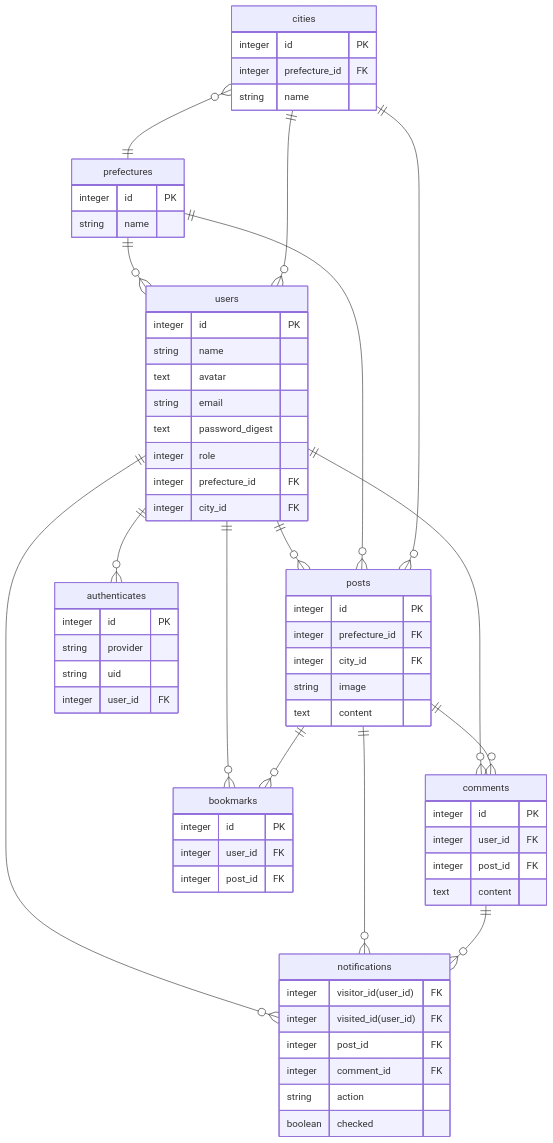
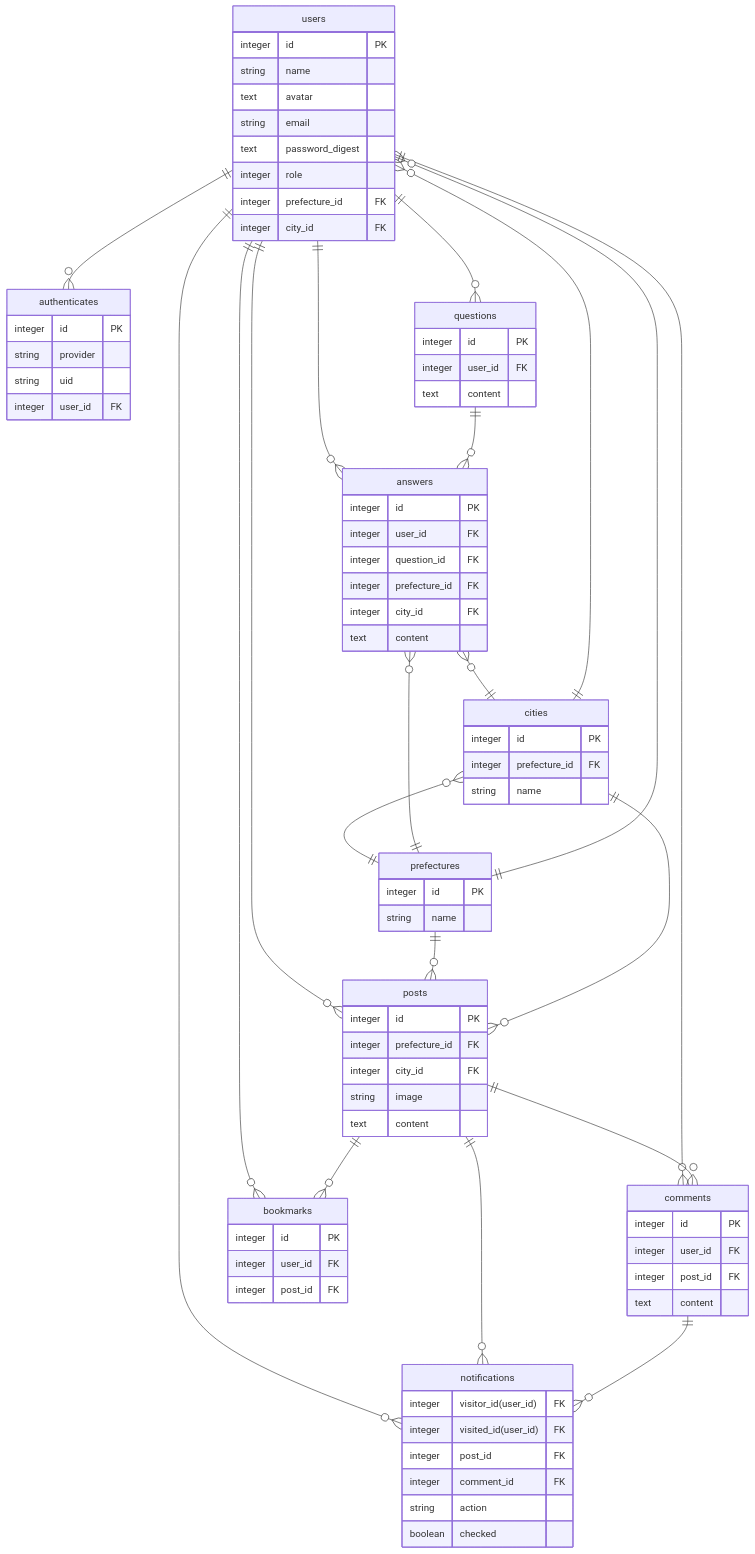
Before and after one commit to inoserisa/jimotter: the diagram in README.md, drawn with Mermaid. The commit also changed 9 other files, not shown here.

````diff
--- a/README.md
+++ b/README.md
@@ -87,6 +87,11 @@
 users ||--o{ notifications:""
 posts ||--o{ notifications:""
 comments ||--o{ notifications:""
+users ||--o{ questions: ""
+users ||--o{ answers: ""
+questions ||--o{ answers: ""
+answers }o--|| prefectures: ""
+answers }o--|| cities: ""
 
 users {
 integer id PK
@@ -146,4 +151,19 @@
 string action
 boolean checked
 }
+
+questions{
+  integer id PK
+  integer user_id FK
+  text content
+}
+
+answers{
+  integer id PK
+  integer user_id FK
+  integer question_id FK
+  integer prefecture_id FK
+  integer city_id FK
+  text content
+}
 ```
````
